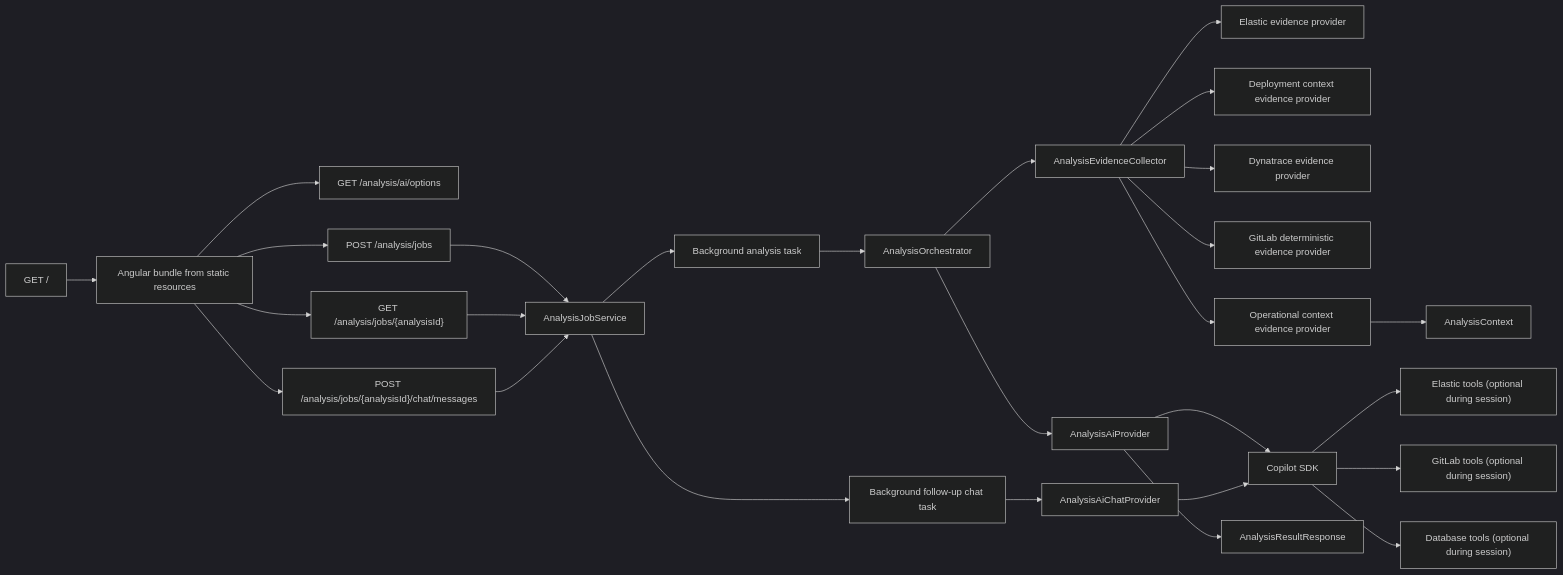
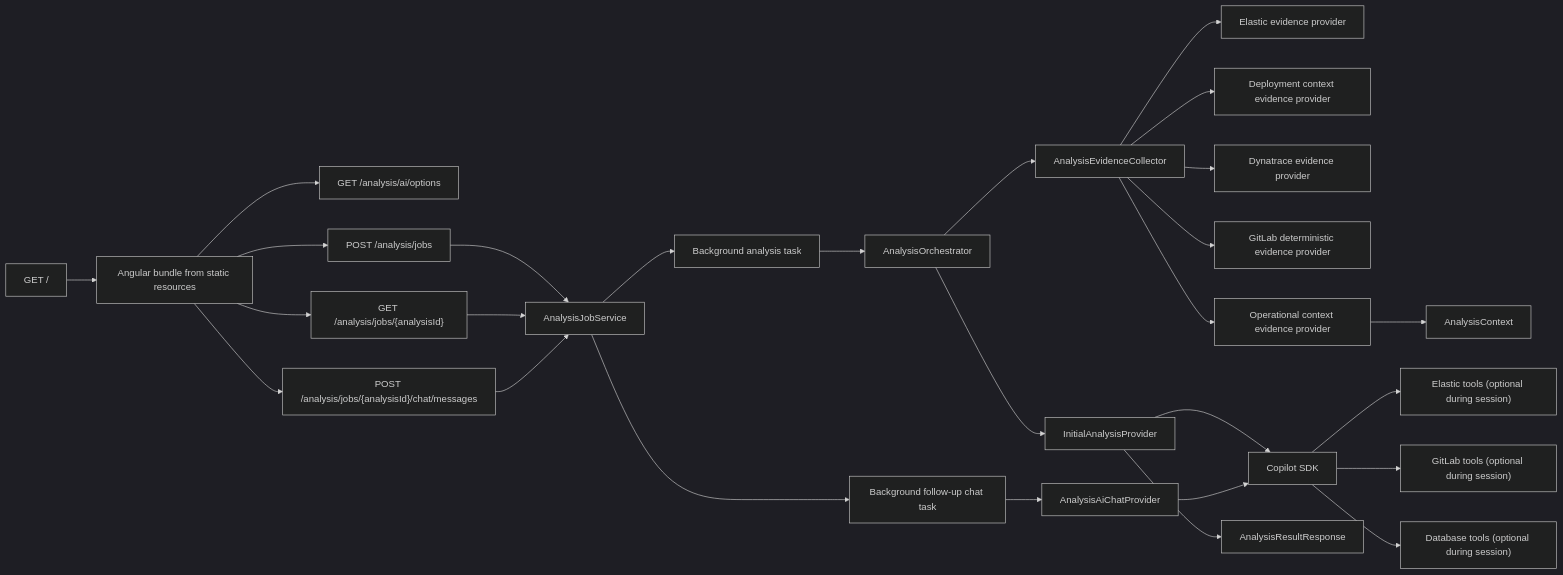
Before and after one commit to herald-assistant/incident-tracker: the diagram in docs/architecture/01-system-overview.md, drawn with Mermaid (dark theme). The commit also changed other lines of this file and 59 other files, not shown here.

````diff
--- a/docs/architecture/01-system-overview.md
+++ b/docs/architecture/01-system-overview.md
@@ -241,29 +240,29 @@
 ```mermaid
 flowchart LR
     A["GET /"] --> B["Angular bundle from static resources"]
     B --> U["GET /analysis/ai/options"]
     B --> C["POST /analysis/jobs"]
     C --> D["AnalysisJobService"]
     D --> E["Background analysis task"]
     E --> F["AnalysisOrchestrator"]
     F --> G["AnalysisEvidenceCollector"]
     G --> H["Elastic evidence provider"]
     G --> I["Deployment context evidence provider"]
     G --> J["Dynatrace evidence provider"]
     G --> K["GitLab deterministic evidence provider"]
     G --> L["Operational context evidence provider"]
     L --> M["AnalysisContext"]
-    F --> N["AnalysisAiProvider"]
+    F --> N["InitialAnalysisProvider"]
     N --> O["Copilot SDK"]
     O --> P["Elastic tools (optional during session)"]
     O --> R["GitLab tools (optional during session)"]
     O --> Q["Database tools (optional during session)"]
     N --> S["AnalysisResultResponse"]
     B --> T["GET /analysis/jobs/{analysisId}"]
     T --> D
     B --> U2["POST /analysis/jobs/{analysisId}/chat/messages"]
     U2 --> D
     D --> V["Background follow-up chat task"]
     V --> W["AnalysisAiChatProvider"]
     W --> O
 ```
````
